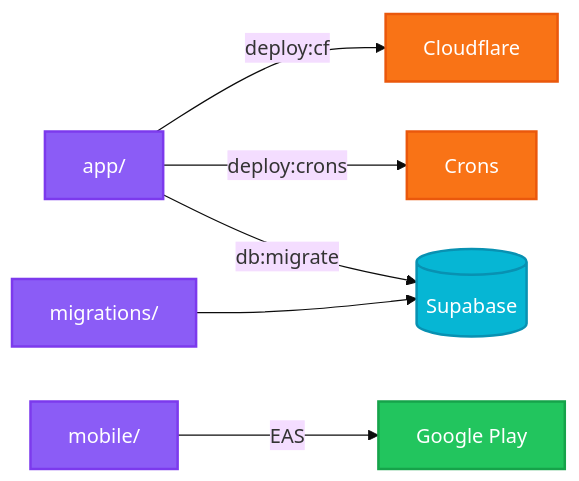
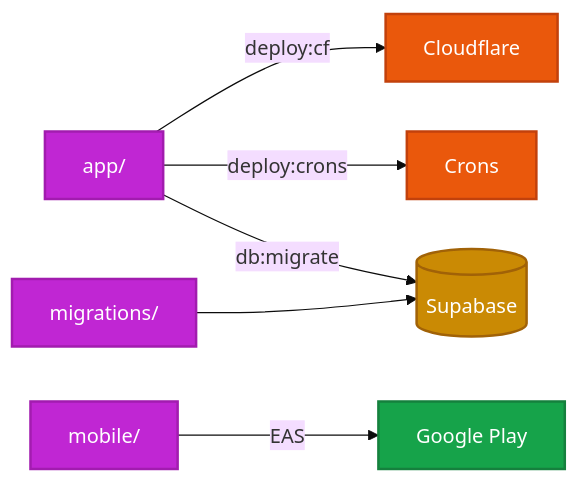
Before and after one commit to KairoHenrique/CEFET-Academic-Planner: the fourth of 5 diagrams in README.md, drawn with Mermaid. The commit also changed other lines of this file, not shown here.

Commit message:
docs: Mermaid vermelho/laranja no lugar de azul para contraste no GitHub

````diff
--- a/README.md
+++ b/README.md
@@ -216,18 +216,18 @@
 ```mermaid
 %%{init: {"theme": "base", "flowchart": {"curve": "basis", "nodeSpacing": 40, "rankSpacing": 50}}}%%
 flowchart LR
   APP[app/] -->|deploy:cf| CF[Cloudflare]
   APP -->|deploy:crons| CRON[Crons]
   APP -->|db:migrate| DB[(Supabase)]
   MOB[mobile/] -->|EAS| PLAY[Google Play]
   SQL[migrations/] --> DB
 
-  classDef src fill:#8B5CF6,stroke:#7C3AED,color:#FFFFFF,stroke-width:2px
-  classDef dest fill:#F97316,stroke:#EA580C,color:#FFFFFF,stroke-width:2px
-  classDef store fill:#22C55E,stroke:#16A34A,color:#FFFFFF,stroke-width:2px
-  classDef db fill:#06B6D4,stroke:#0891B2,color:#FFFFFF,stroke-width:2px
+  classDef src fill:#C026D3,stroke:#A21CAF,color:#FFFFFF,stroke-width:2px
+  classDef dest fill:#EA580C,stroke:#C2410C,color:#FFFFFF,stroke-width:2px
+  classDef store fill:#16A34A,stroke:#15803D,color:#FFFFFF,stroke-width:2px
+  classDef db fill:#CA8A04,stroke:#A16207,color:#FFFFFF,stroke-width:2px
   class APP,MOB,SQL src
   class CF,CRON dest
   class PLAY store
   class DB db
 ```
````
